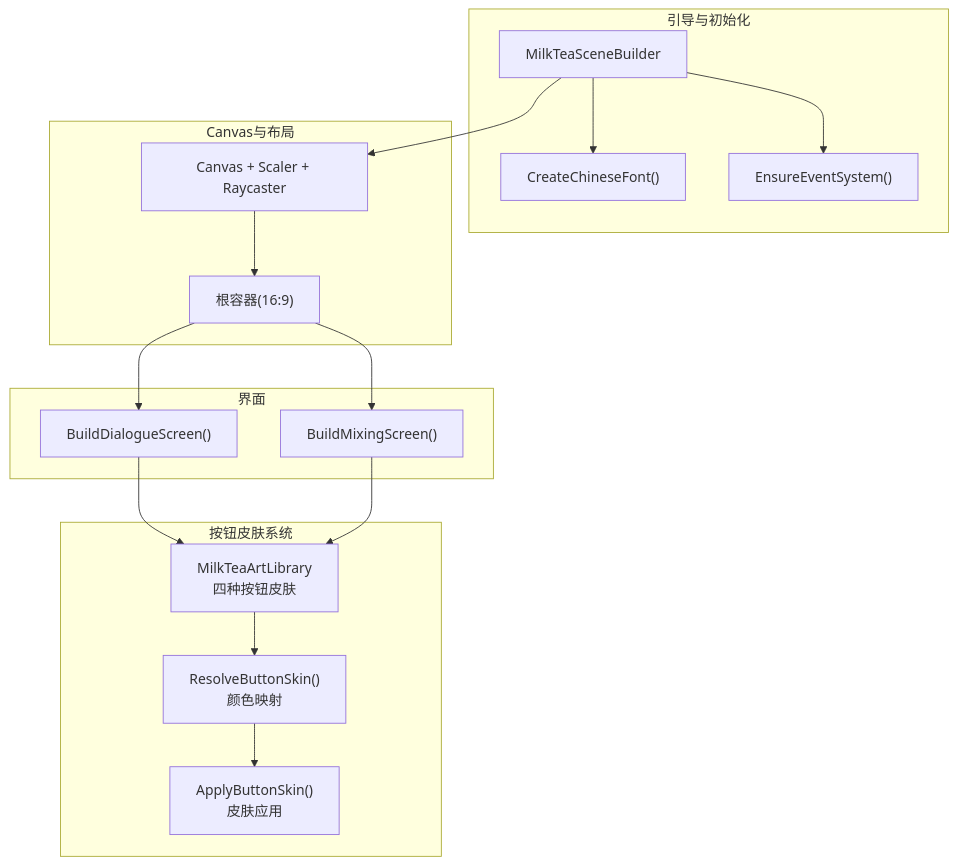
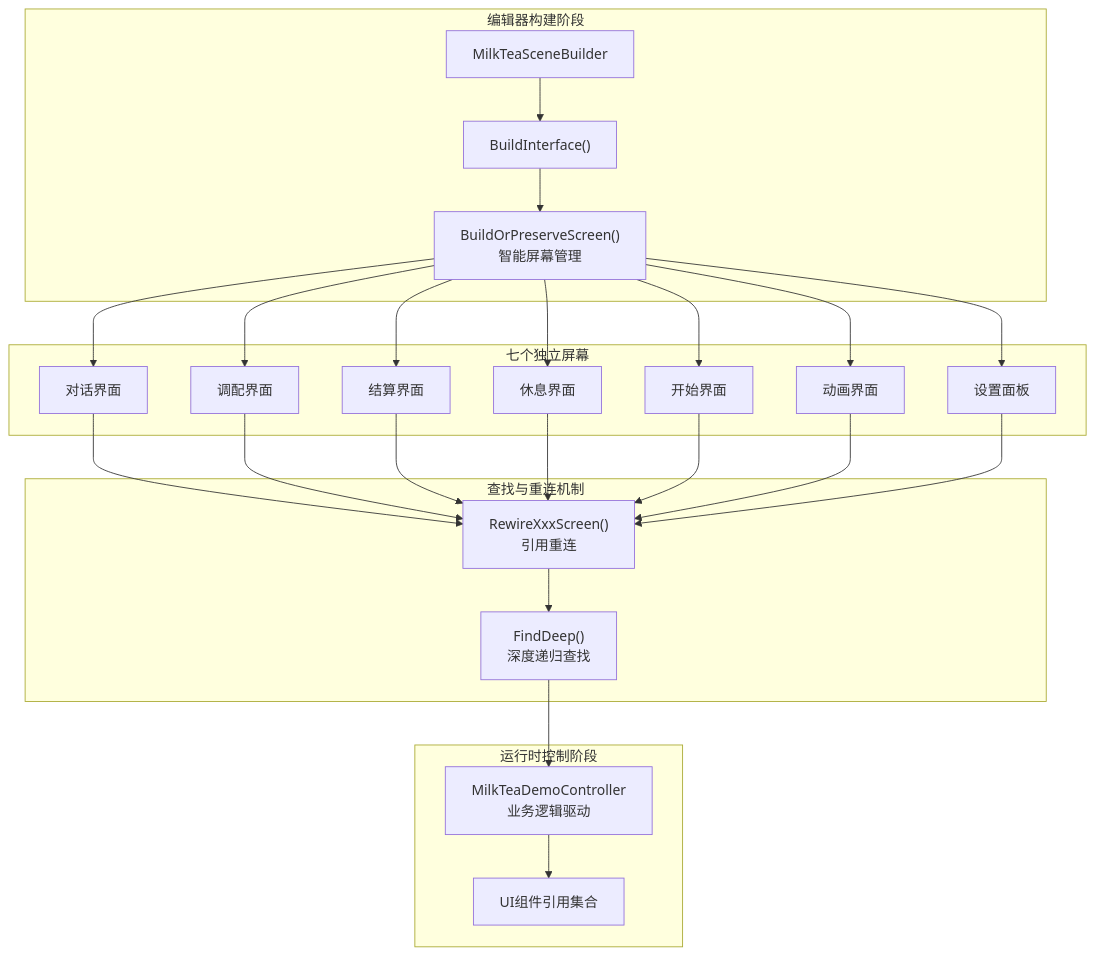
One commit to Thanatos42/-demo changed the second of 4 diagrams in .qoder/repowiki/zh/content/核心系统详解/UI系统架构.md. Above: the diagram before and after it, drawn with Mermaid. The commit also changed other lines of this file and 77 other files, not shown here.

````diff
--- a/.qoder/repowiki/zh/content/核心系统详解/UI系统架构.md
+++ b/.qoder/repowiki/zh/content/核心系统详解/UI系统架构.md
@@ -96,31 +122,44 @@
 ```mermaid
 graph TB
-subgraph "引导与初始化"
+subgraph "编辑器构建阶段"
 Boot["MilkTeaSceneBuilder"]
-Font["CreateChineseFont()"]
-Event["EnsureEventSystem()"]
+Build["BuildInterface()"]
+Smart["BuildOrPreserveScreen()<br/>智能屏幕管理"]
 end
-subgraph "Canvas与布局"
-Canvas["Canvas + Scaler + Raycaster"]
-Root["根容器(16:9)"]
+subgraph "运行时控制阶段"
+Controller["MilkTeaDemoController<br/>业务逻辑驱动"]
+Refs["UI组件引用集合"]
 end
-subgraph "界面"
-Dialogue["BuildDialogueScreen()"]
-Mixing["BuildMixingScreen()"]
+subgraph "七个独立屏幕"
+Dialogue["对话界面"]
+Mixing["调配界面"]
+Settlement["结算界面"]
+Rest["休息界面"]
+Start["开始界面"]
+Animation["动画界面"]
+Settings["设置面板"]
 end
-subgraph "按钮皮肤系统"
-SkinLib["MilkTeaArtLibrary<br/>四种按钮皮肤"]
-SkinMap["ResolveButtonSkin()<br/>颜色映射"]
-SkinApply["ApplyButtonSkin()<br/>皮肤应用"]
+subgraph "查找与重连机制"
+Find["FindDeep()<br/>深度递归查找"]
+Rewire["RewireXxxScreen()<br/>引用重连"]
 end
-Boot --> Font
-Boot --> Event
-Boot --> Canvas
-Canvas --> Root
-Root --> Dialogue
-Root --> Mixing
-Dialogue --> SkinLib
-Mixing --> SkinLib
-SkinLib --> SkinMap
-SkinMap --> SkinApply
+Boot --> Build
+Build --> Smart
+Smart --> Dialogue
+Smart --> Mixing
+Smart --> Settlement
+Smart --> Rest
+Smart --> Start
+Smart --> Animation
+Smart --> Settings
+Dialogue --> Rewire
+Mixing --> Rewire
+Settlement --> Rewire
+Rest --> Rewire
+Start --> Rewire
+Animation --> Rewire
+Settings --> Rewire
+Rewire --> Find
+Find --> Controller
+Controller --> Refs
 ```
````
